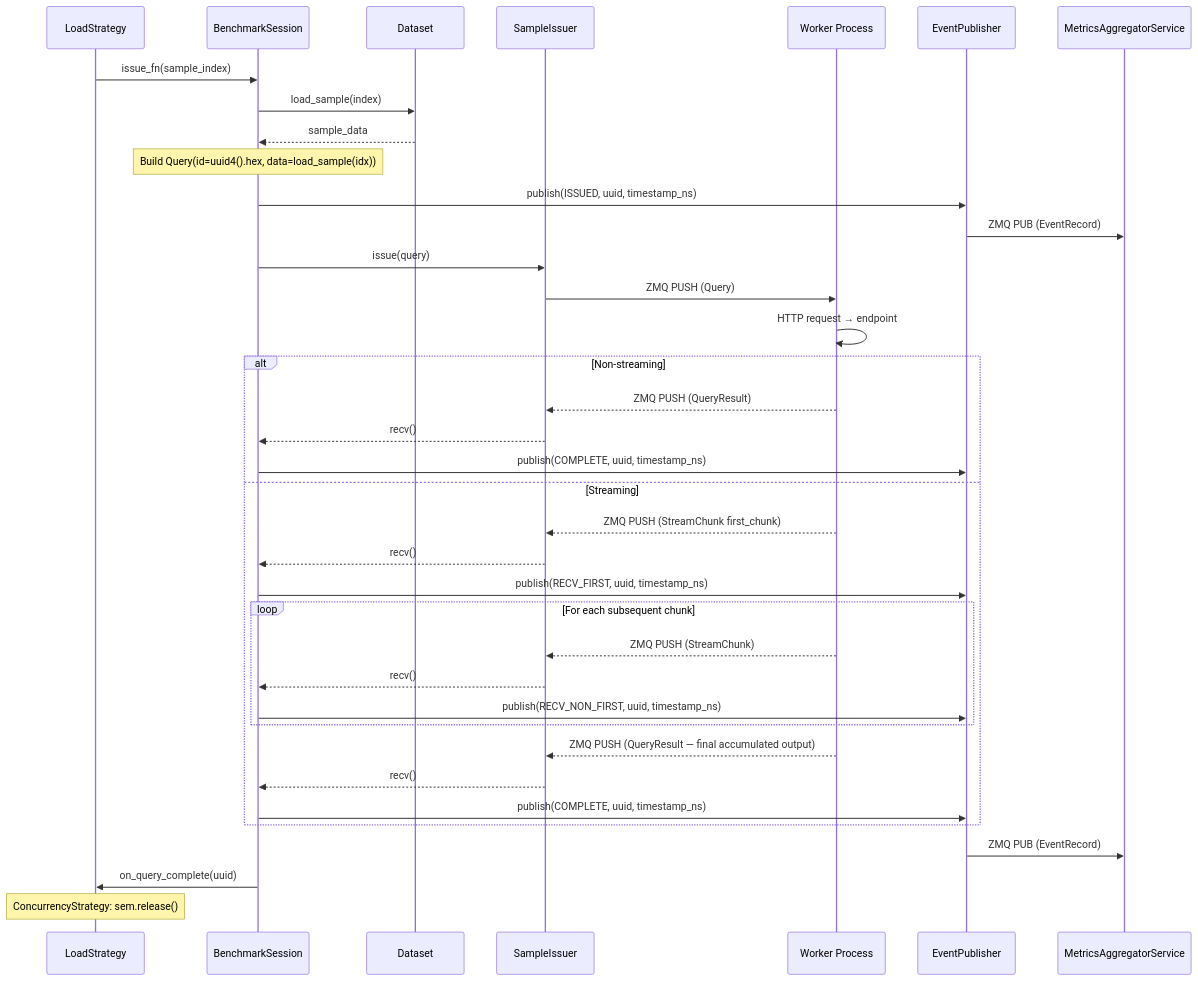
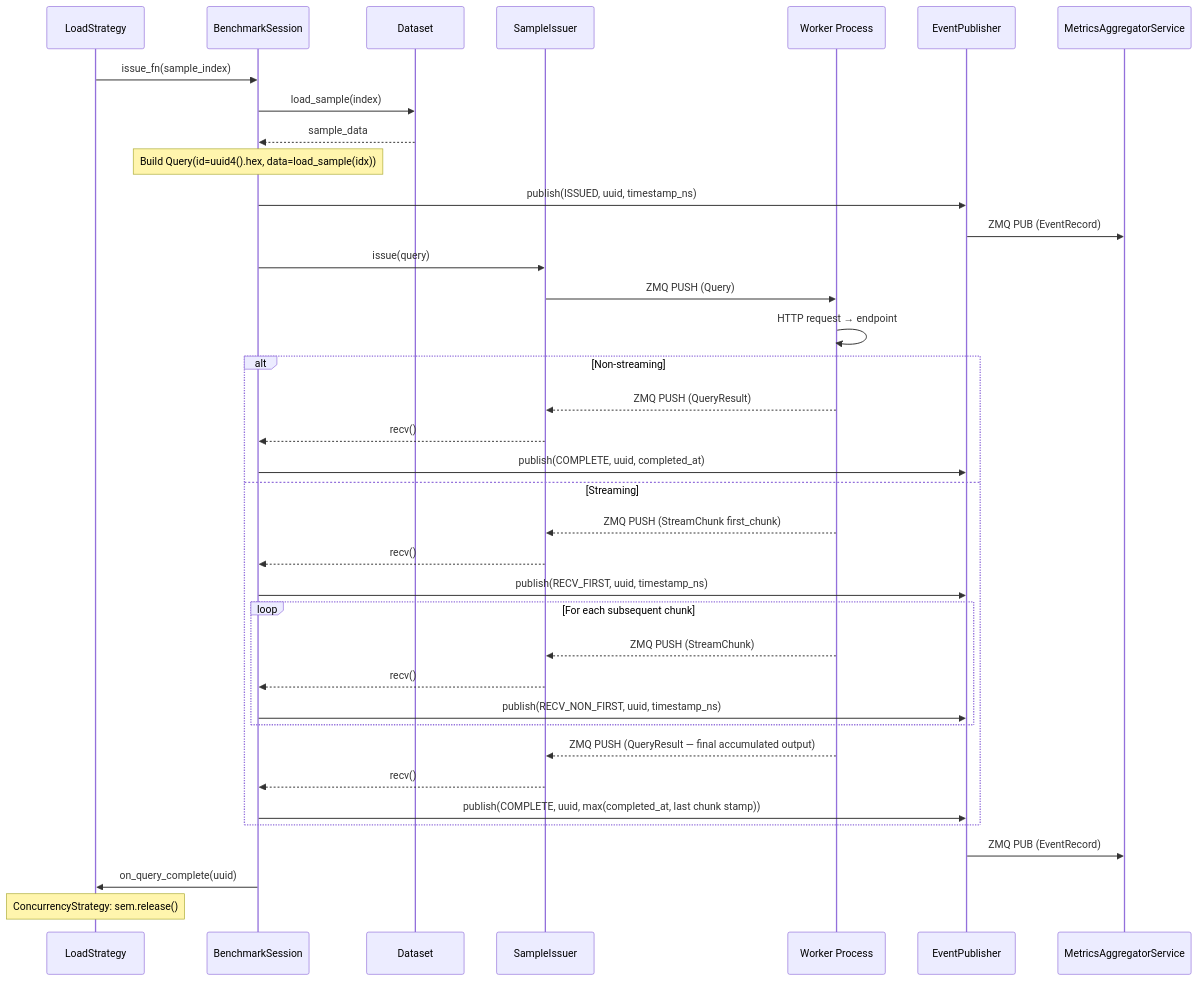
Before and after one commit to mlcommons/endpoints: the first of 5 diagrams in docs/load_generator/DESIGN.md, drawn with Mermaid. The commit also changed other lines of this file and 2 other files, not shown here.

First line of the commit message:
fix(session): keep completed_at for COMPLETE unless its chunks came later

````diff
--- a/docs/load_generator/DESIGN.md
+++ b/docs/load_generator/DESIGN.md
@@ -622,42 +625,42 @@
 ```mermaid
 sequenceDiagram
     participant S as LoadStrategy
     participant B as BenchmarkSession
     participant D as Dataset
     participant I as SampleIssuer
     participant W as Worker Process
     participant E as EventPublisher
     participant M as MetricsAggregatorService
 
     S->>B: issue_fn(sample_index)
     B->>D: load_sample(index)
     D-->>B: sample_data
     Note over B: Build Query(id=uuid4().hex, data=load_sample(idx))
     B->>E: publish(ISSUED, uuid, timestamp_ns)
     E->>M: ZMQ PUB (EventRecord)
     B->>I: issue(query)
     I->>W: ZMQ PUSH (Query)
     W->>W: HTTP request → endpoint
 
     alt Non-streaming
         W-->>I: ZMQ PUSH (QueryResult)
         I-->>B: recv()
-        B->>E: publish(COMPLETE, uuid, timestamp_ns)
+        B->>E: publish(COMPLETE, uuid, completed_at)
     else Streaming
         W-->>I: ZMQ PUSH (StreamChunk first_chunk)
         I-->>B: recv()
         B->>E: publish(RECV_FIRST, uuid, timestamp_ns)
         loop For each subsequent chunk
             W-->>I: ZMQ PUSH (StreamChunk)
             I-->>B: recv()
             B->>E: publish(RECV_NON_FIRST, uuid, timestamp_ns)
         end
         W-->>I: ZMQ PUSH (QueryResult — final accumulated output)
         I-->>B: recv()
-        B->>E: publish(COMPLETE, uuid, timestamp_ns)
+        B->>E: publish(COMPLETE, uuid, max(completed_at, last chunk stamp))
     end
 
     E->>M: ZMQ PUB (EventRecord)
     B->>S: on_query_complete(uuid)
     Note over S: ConcurrencyStrategy: sem.release()
 ```
````
